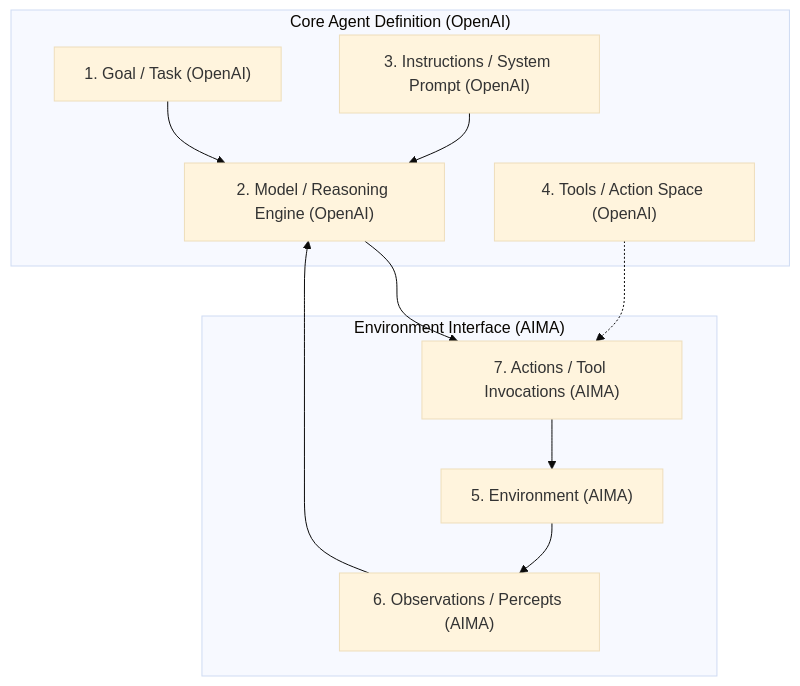
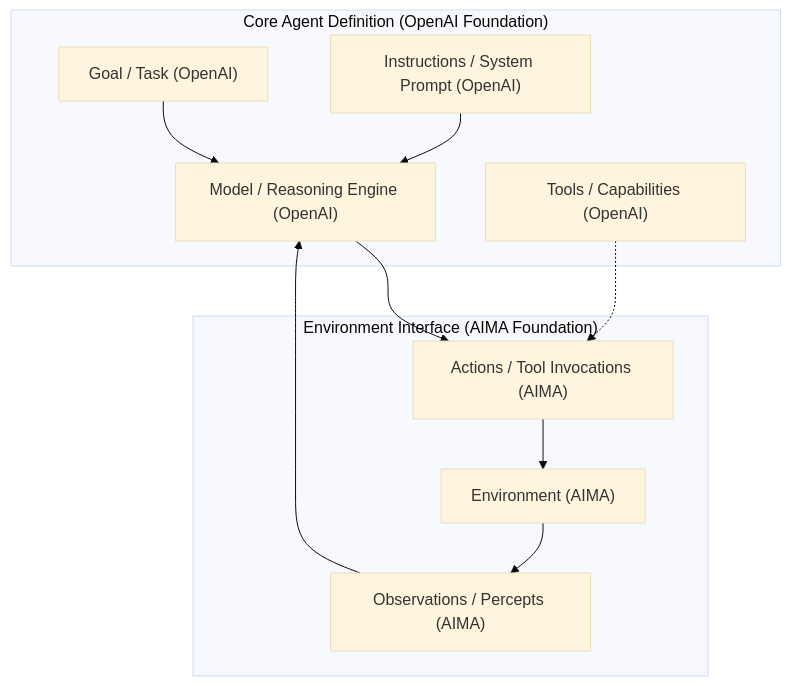
The third of 7 diagrams in module-01-agentic-ai-foundations/content/02-anatomy-of-an-agent-and-state.md (sivaskm/agentic-ai-engineering), drawn with Mermaid (base theme) before and after one commit. The commit also changed other lines of this file, not shown here.

````diff
--- a/module-01-agentic-ai-foundations/content/02-anatomy-of-an-agent-and-state.md
+++ b/module-01-agentic-ai-foundations/content/02-anatomy-of-an-agent-and-state.md
@@ -94,23 +99,23 @@
 ```mermaid
 flowchart TD
-    subgraph AgentCore ["Core Agent Definition (OpenAI)"]
-        Goal["1. Goal / Task (OpenAI)"]
-        Instr["3. Instructions / System Prompt (OpenAI)"]
-        Model["2. Model / Reasoning Engine (OpenAI)"]
-        Tools["4. Tools / Action Space (OpenAI)"]
+    subgraph AgentCore ["Core Agent Definition (OpenAI Foundation)"]
+        Goal["Goal / Task (OpenAI)"]
+        Instr["Instructions / System Prompt (OpenAI)"]
+        Model["Model / Reasoning Engine (OpenAI)"]
+        Tools["Tools / Capabilities (OpenAI)"]
     end
 
-    subgraph WorldInteraction ["Environment Interface (AIMA)"]
-        Actions["7. Actions / Tool Invocations (AIMA)"]
-        Env["5. Environment (AIMA)"]
-        Obs["6. Observations / Percepts (AIMA)"]
+    subgraph WorldInteraction ["Environment Interface (AIMA Foundation)"]
+        Actions["Actions / Tool Invocations (AIMA)"]
+        Env["Environment (AIMA)"]
+        Obs["Observations / Percepts (AIMA)"]
     end
 
     Goal --> Model
     Instr --> Model
     Model --> Actions
     Tools -.-> Actions
     Actions --> Env
     Env --> Obs
     Obs --> Model
 ```
````
